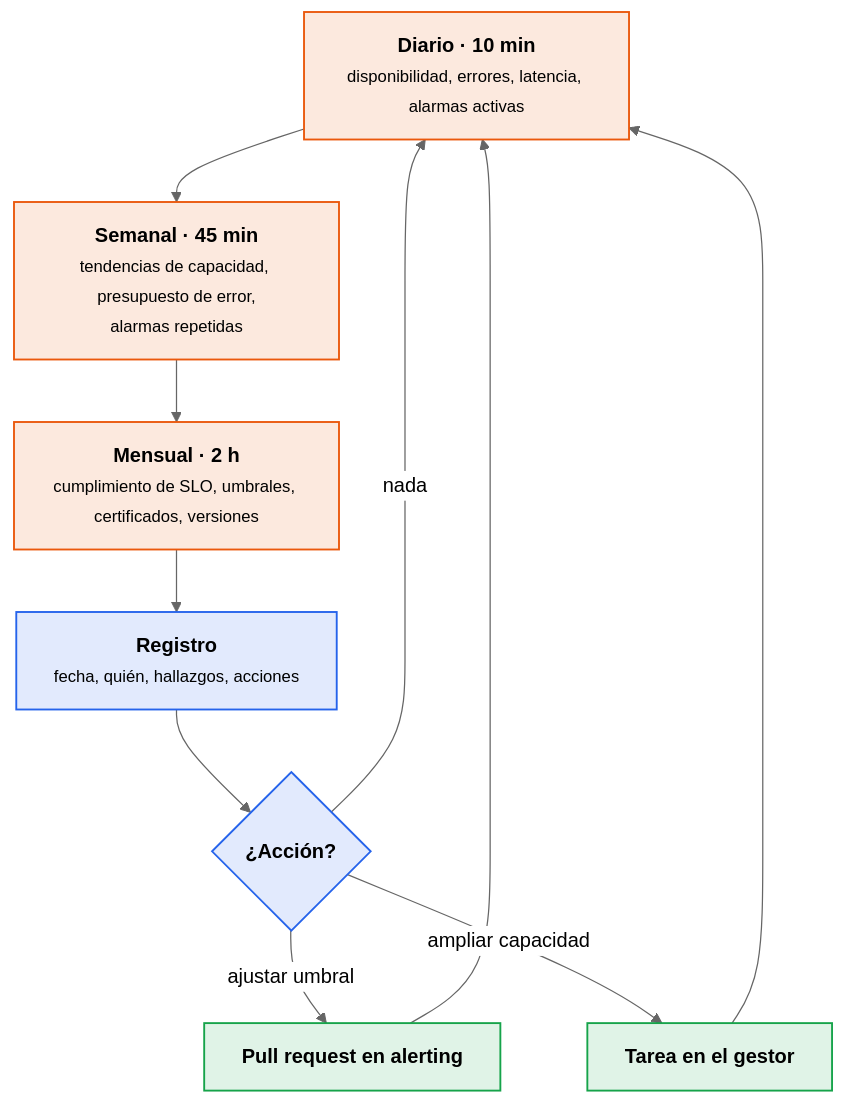
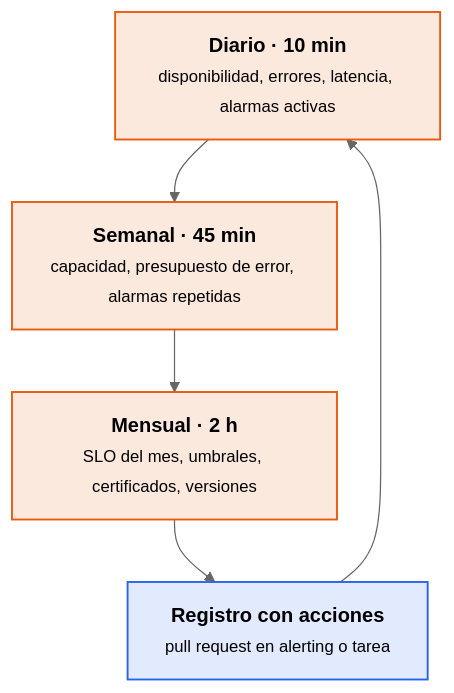
The sixth of 6 diagrams in docs/ut/ut4-kpi-pruebas.md (victor-educ/apuntes-5169), drawn with Mermaid (neutral theme) before and after one commit. The commit also changed other lines of this file and 6 other files, not shown here.

````diff
--- a/docs/ut/ut4-kpi-pruebas.md
+++ b/docs/ut/ut4-kpi-pruebas.md
@@ -1003,20 +1209,10 @@
 ```mermaid
-flowchart TD
+flowchart TB
     D["<b>Diario · 10 min</b><br><small>disponibilidad, errores, latencia, alarmas activas</small>"]:::act
-    S["<b>Semanal · 45 min</b><br><small>tendencias de capacidad, presupuesto de error,<br>alarmas repetidas</small>"]:::act
-    M["<b>Mensual · 2 h</b><br><small>cumplimiento de SLO, umbrales, certificados, versiones</small>"]:::act
-    R["<b>Registro</b><br><small>fecha, quién, hallazgos, acciones</small>"]:::dato
-    A{"<b>¿Acción?</b>"}:::dato
-    U["<b>Pull request en alerting</b>"]:::ok
-    T["<b>Tarea en el gestor</b>"]:::ok
-    D --> S --> M --> R --> A
-    A -- ajustar umbral --> U --> D
-    A -- ampliar capacidad --> T --> D
-    A -- nada --> D
+    S["<b>Semanal · 45 min</b><br><small>capacidad, presupuesto de error, alarmas repetidas</small>"]:::act
+    M["<b>Mensual · 2 h</b><br><small>SLO del mes, umbrales, certificados, versiones</small>"]:::act
+    R["<b>Registro con acciones</b><br><small>pull request en alerting o tarea</small>"]:::dato
+    D --> S --> M --> R --> D
     classDef act fill:#ea580c22,stroke:#ea580c,stroke-width:1.5px
-    classDef pieza fill:#64748b22,stroke:#64748b,stroke-width:1.5px
     classDef dato fill:#2563eb22,stroke:#2563eb,stroke-width:1.5px
-    classDef infra fill:#a1a1aa14,stroke:#a1a1aa,stroke-width:1.5px
-    classDef ok fill:#16a34a22,stroke:#16a34a,stroke-width:1.5px
-    classDef riesgo fill:#dc262622,stroke:#dc2626,stroke-width:1.5px
 ```
````
